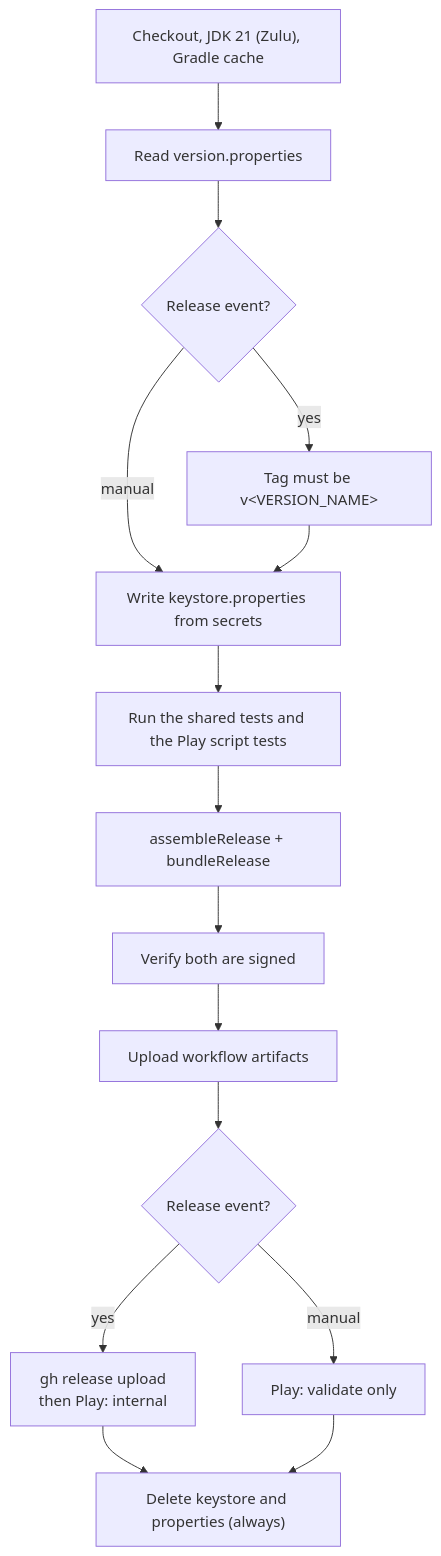
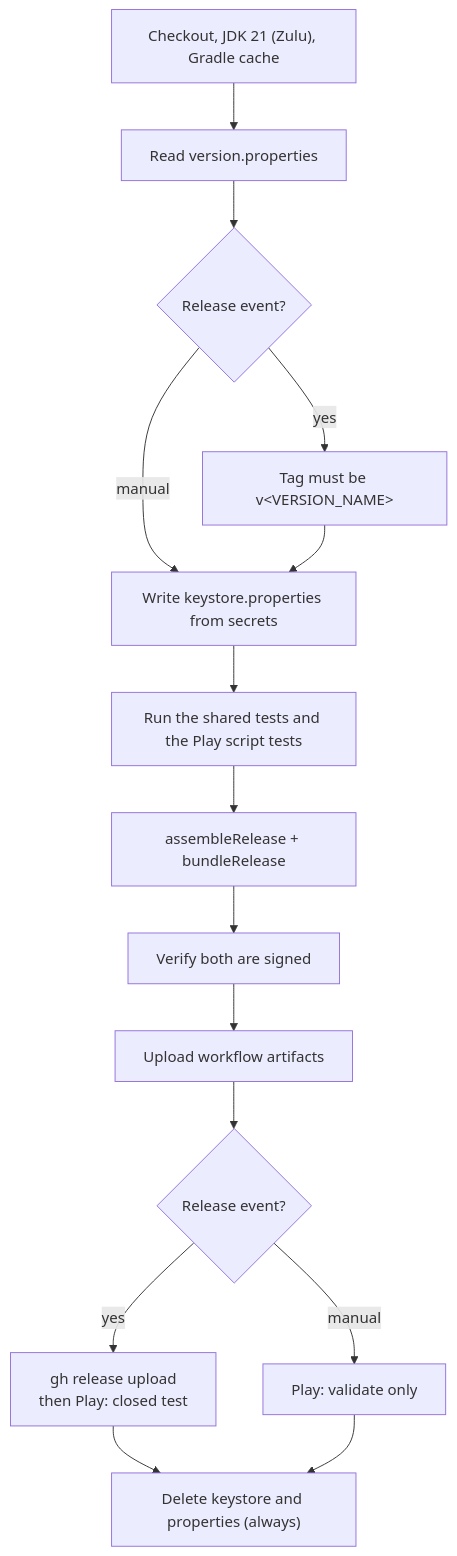
The second of 3 diagrams in docs/13-ci-release.md (chankruze/morsekit), drawn with Mermaid before and after one commit. The commit also changed other lines of this file and 2 other files, not shown here.

Commit message:
docs: releases go to the closed test

````diff
--- a/docs/13-ci-release.md
+++ b/docs/13-ci-release.md
@@ -30,17 +30,17 @@
 ```mermaid
 flowchart TB
     A["Checkout, JDK 21 (Zulu), Gradle cache"] --> B["Read version.properties"]
     B --> C{"Release event?"}
     C -->|yes| D["Tag must be v&lt;VERSION_NAME&gt;"]
     C -->|manual| E
     D --> E["Write keystore.properties from secrets"]
     E --> F["Run the shared tests and the Play script tests"]
     F --> G["assembleRelease + bundleRelease"]
     G --> H["Verify both are signed"]
     H --> I["Upload workflow artifacts"]
     I --> J{"Release event?"}
-    J -->|yes| K["gh release upload<br/>then Play: internal"]
+    J -->|yes| K["gh release upload<br/>then Play: closed test"]
     J -->|manual| V["Play: validate only"]
     K --> L["Delete keystore and properties (always)"]
     V --> L
 ```
````
